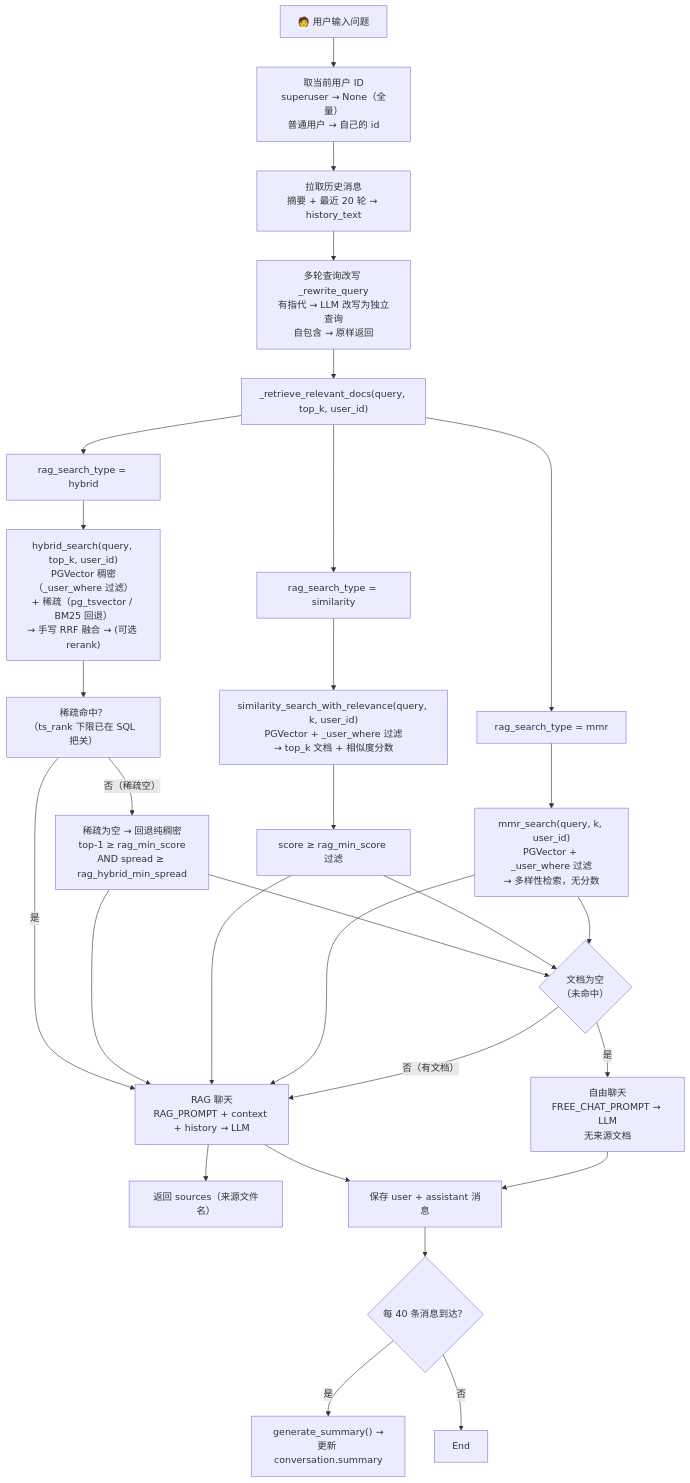
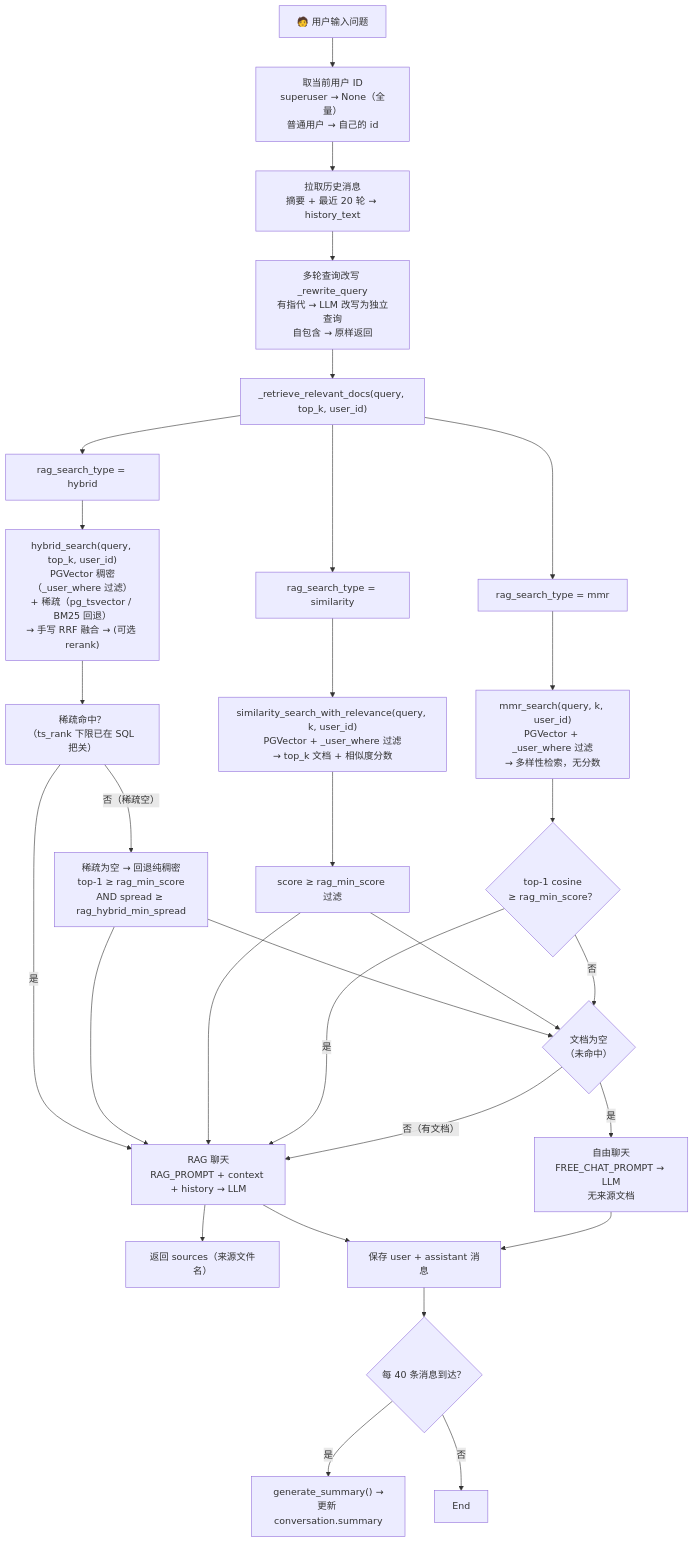
The third of 6 diagrams in docs/RAG.md (zqc1661586344/zz-demand-system), drawn with Mermaid before and after one commit. The commit also changed other lines of this file and 14 other files, not shown here.

````diff
--- a/docs/RAG.md
+++ b/docs/RAG.md
@@ -196,60 +204,62 @@
 ```mermaid
 flowchart TD
     Query["🧑 用户输入问题"]
     UserID["取当前用户 ID<br/>superuser → None（全量）<br/>普通用户 → 自己的 id"]
     History["拉取历史消息<br/>摘要 + 最近 20 轮 → history_text"]
     Rewrite["多轮查询改写 _rewrite_query<br/>有指代 → LLM 改写为独立查询<br/>自包含 → 原样返回"]
     Retrieve["_retrieve_relevant_docs(query, top_k, user_id)"]
     Hybrid["rag_search_type = hybrid"]
     Sim["rag_search_type = similarity"]
     MMR["rag_search_type = mmr"]
 
     HybridSearch["hybrid_search(query, top_k, user_id)<br/>PGVector 稠密（_user_where 过滤）<br/>+ 稀疏（pg_tsvector / BM25 回退）<br/>→ 手写 RRF 融合 → (可选 rerank)"]
     SparseHit["稀疏命中？<br/>（ts_rank 下限已在 SQL 把关）"]
     DenseOnly["稀疏为空 → 回退纯稠密<br/>top-1 ≥ rag_min_score<br/>AND spread ≥ rag_hybrid_min_spread"]
     SimSearch["similarity_search_with_relevance(query, k, user_id)<br/>PGVector + _user_where 过滤<br/>→ top_k 文档 + 相似度分数"]
     SimFilter["score ≥ rag_min_score 过滤"]
     MMRSearch["mmr_search(query, k, user_id)<br/>PGVector + _user_where 过滤<br/>→ 多样性检索，无分数"]
+    MMRScoreCheck{"top-1 cosine<br/>≥ rag_min_score？"}
     Empty{"文档为空<br/>（未命中）"}
     FreeChat["自由聊天<br/>FREE_CHAT_PROMPT → LLM<br/>无来源文档"]
     RAGChat["RAG 聊天<br/>RAG_PROMPT + context + history → LLM"]
     Sources["返回 sources（来源文件名）"]
     SaveMsg["保存 user + assistant 消息"]
     Summary{"每 40 条消息到达？"}
     GenSummary["generate_summary() →<br/>更新 conversation.summary"]
 
     Query --> UserID
     UserID --> History
     History --> Rewrite
     Rewrite --> Retrieve
 
     Retrieve --> Hybrid
     Retrieve --> Sim
     Retrieve --> MMR
 
     Hybrid --> HybridSearch
     HybridSearch --> SparseHit
     SparseHit -- "是" --> RAGChat
     SparseHit -- "否（稀疏空）" --> DenseOnly
     DenseOnly --> Empty
     DenseOnly --> RAGChat
 
     Sim --> SimSearch
     SimSearch --> SimFilter
     SimFilter --> Empty
     SimFilter --> RAGChat
 
     MMR --> MMRSearch
-    MMRSearch --> Empty
-    MMRSearch --> RAGChat
+    MMRSearch --> MMRScoreCheck
+    MMRScoreCheck -- "是" --> RAGChat
+    MMRScoreCheck -- "否" --> Empty
 
     Empty -- "是" --> FreeChat
     Empty -- "否（有文档）" --> RAGChat
 
     RAGChat --> Sources
     RAGChat --> SaveMsg
     FreeChat --> SaveMsg
     SaveMsg --> Summary
     Summary -- "是" --> GenSummary
     Summary -- "否" --> End
 ```
````
